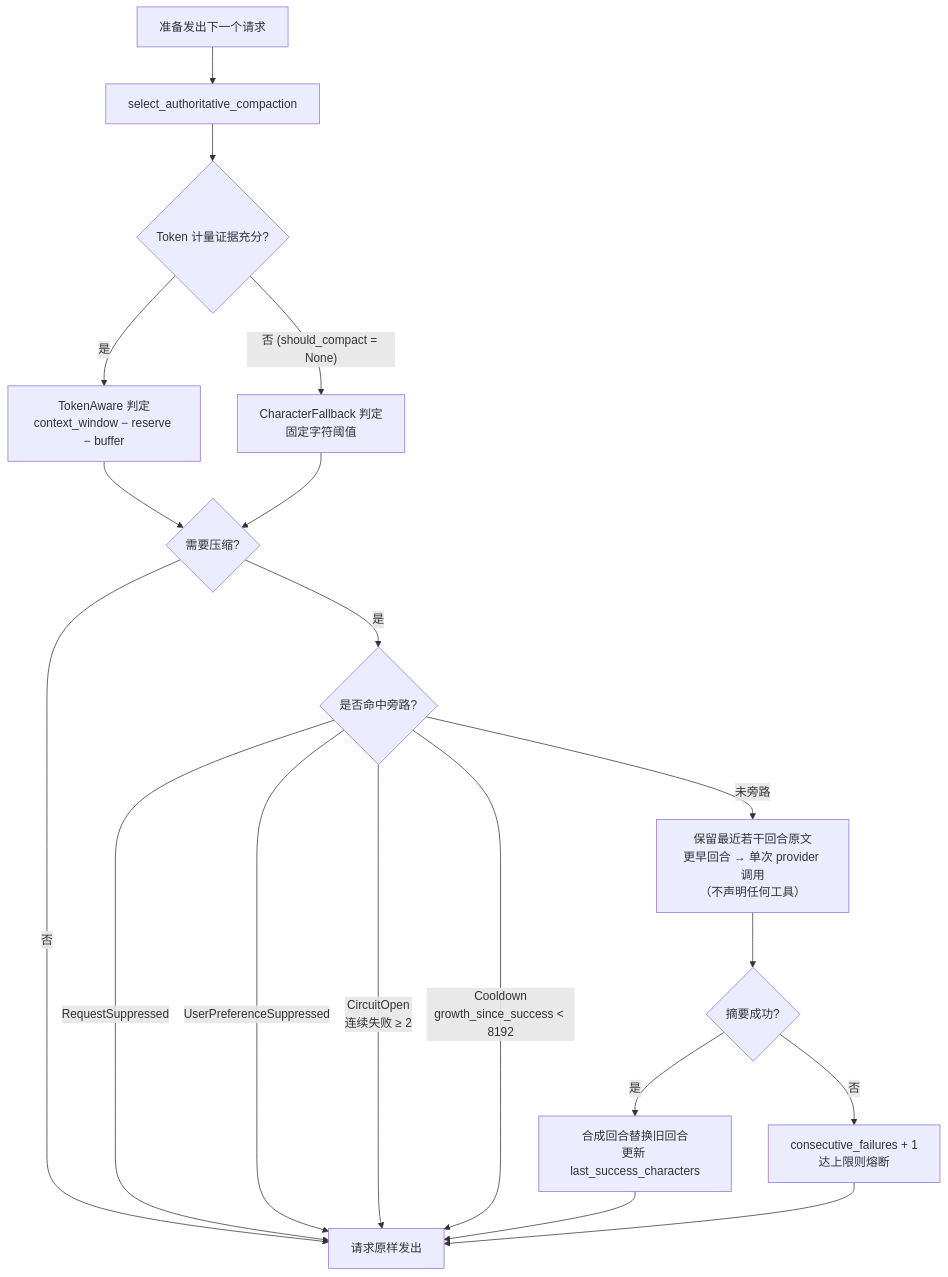
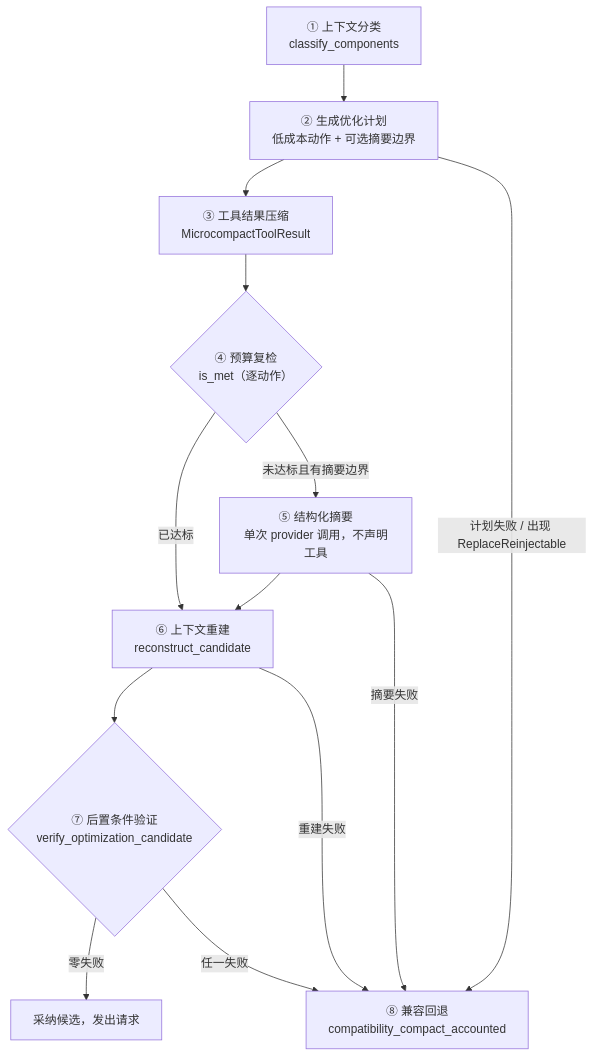
The diagram in docs/developer-guide/zh-CN/src/context-compaction.md (cdavid817/vanehub-ai), drawn with Mermaid before and after one commit. The commit also changed other lines of this file and 80 other files, not shown here.

````diff
--- a/docs/developer-guide/zh-CN/src/context-compaction.md
+++ b/docs/developer-guide/zh-CN/src/context-compaction.md
@@ -5,21 +35,15 @@
 ```mermaid
 flowchart TB
-  REQ["准备发出下一个请求"] --> SEL["select_authoritative_compaction"]
-  SEL --> EV{"Token 计量证据充分?"}
-  EV -->|"是"| TA["TokenAware 判定<br/>context_window − reserve − buffer"]
-  EV -->|"否 (should_compact = None)"| CF["CharacterFallback 判定<br/>固定字符阈值"]
-  TA --> NEED{"需要压缩?"}
-  CF --> NEED
-  NEED -->|"否"| SEND["请求原样发出"]
-  NEED -->|"是"| GATE{"是否命中旁路?"}
-  GATE -->|"RequestSuppressed"| SEND
-  GATE -->|"UserPreferenceSuppressed"| SEND
-  GATE -->|"CircuitOpen<br/>连续失败 ≥ 2"| SEND
-  GATE -->|"Cooldown<br/>growth_since_success &lt; 8192"| SEND
-  GATE -->|"未旁路"| SUM["保留最近若干回合原文<br/>更早回合 → 单次 provider 调用<br/>（不声明任何工具）"]
-  SUM --> OK{"摘要成功?"}
-  OK -->|"是"| UPD["合成回合替换旧回合<br/>更新 last_success_characters"]
-  OK -->|"否"| FAIL["consecutive_failures + 1<br/>达上限则熔断"]
-  UPD --> SEND
-  FAIL --> SEND
+  CLASSIFY["① 上下文分类<br/>classify_components"] --> PLAN["② 生成优化计划<br/>低成本动作 + 可选摘要边界"]
+  PLAN --> MICRO["③ 工具结果压缩<br/>MicrocompactToolResult"]
+  MICRO --> CHECK{"④ 预算复检<br/>is_met（逐动作）"}
+  CHECK -->|"已达标"| REBUILD
+  CHECK -->|"未达标且有摘要边界"| SUM["⑤ 结构化摘要<br/>单次 provider 调用，不声明工具"]
+  SUM --> REBUILD["⑥ 上下文重建<br/>reconstruct_candidate"]
+  REBUILD --> VERIFY{"⑦ 后置条件验证<br/>verify_optimization_candidate"}
+  VERIFY -->|"零失败"| DONE["采纳候选，发出请求"]
+  VERIFY -->|"任一失败"| FB["⑧ 兼容回退<br/>compatibility_compact_accounted"]
+  PLAN -->|"计划失败 / 出现 ReplaceReinjectable"| FB
+  SUM -->|"摘要失败"| FB
+  REBUILD -->|"重建失败"| FB
 ```
````
